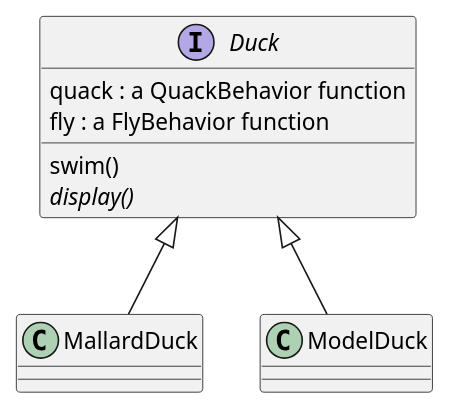
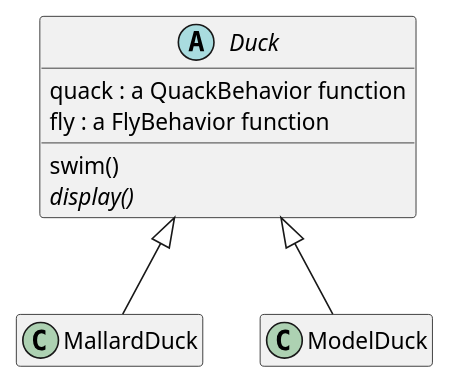
The diagram in 01_StrategyPattern/StrategyPattern.puml (gama79530/DesignPattern), drawn with PlantUML before and after one commit. The commit also changed 12 other files, not shown here.

```diff
--- a/01_StrategyPattern/StrategyPattern.puml
+++ b/01_StrategyPattern/StrategyPattern.puml
@@ -1,12 +1,15 @@
 @startuml
-interface Duck{
+
+hide empty members
+
+abstract class Duck{
     quack : a QuackBehavior function
     fly : a FlyBehavior function
     swim()
     {abstract} display()
 }
 
 Duck <|-- MallardDuck
 Duck <|-- ModelDuck
 
 @enduml
```
